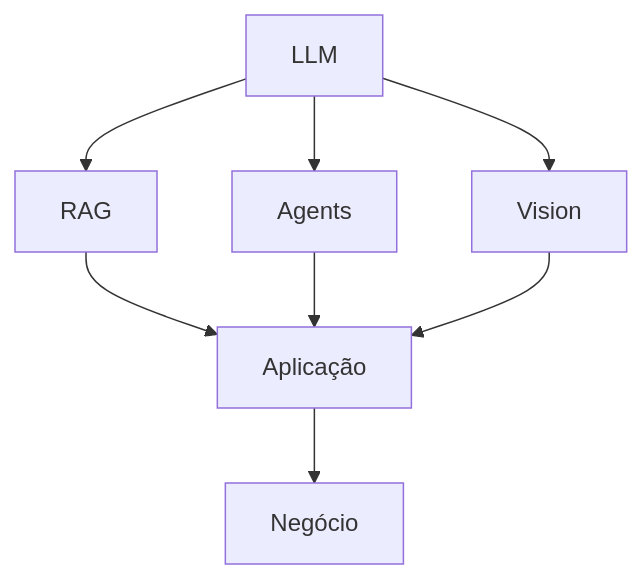
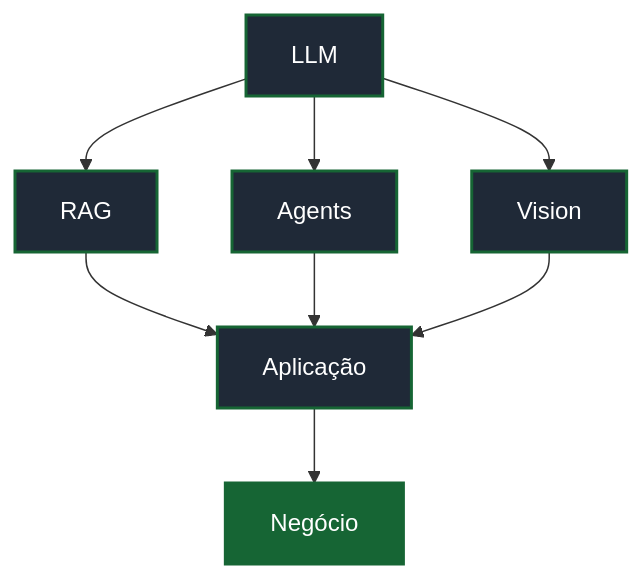
Before and after one commit to StackBlackzada/.github: the seventh of 16 diagrams in profile/README.md, drawn with Mermaid. The commit also changed other lines of this file, not shown here.

````diff
--- a/profile/README.md
+++ b/profile/README.md
@@ -251,5 +471,9 @@
 ```mermaid
 flowchart TD
     LLM["LLM"] --> RAG["RAG"] & AG["Agents"] & VI["Vision"]
     RAG & AG & VI --> APP["Aplicação"] --> BIZ["Negócio"]
+    classDef d fill:#1F2937,stroke:#166534,color:#fff,stroke-width:2px
+    classDef hot fill:#166534,stroke:#166534,color:#fff,stroke-width:2px
+    class LLM,RAG,AG,VI,APP d
+    class BIZ hot
 ```
````
